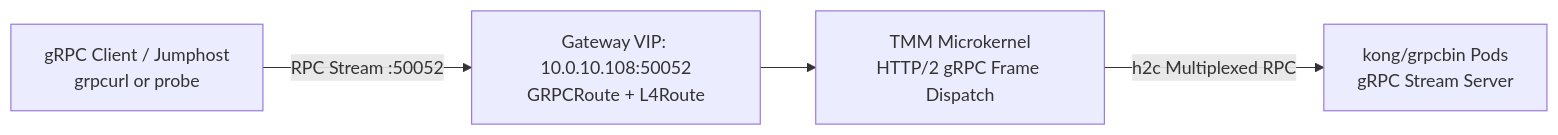
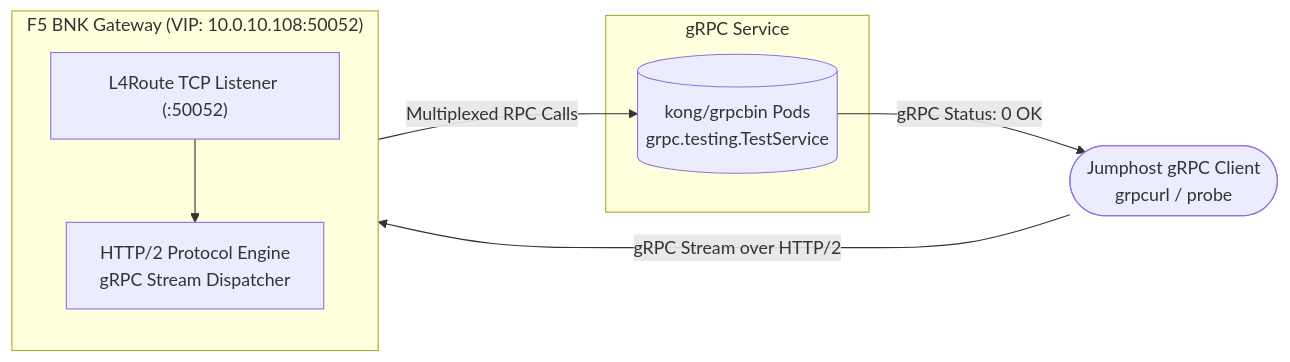
The third of 20 diagrams in docs/SCENARIOS.md (JLCode-tech/awsbnkctl), drawn with Mermaid before and after one commit. The commit also changed other lines of this file and 2 other files, not shown here.

Commit message:
docs: modernize diagrams and remove sales jargon

````diff
--- a/docs/SCENARIOS.md
+++ b/docs/SCENARIOS.md
@@ -83,11 +98,19 @@
 ```mermaid
 flowchart LR
-    Client["gRPC Client / Jumphost<br/>grpcurl or probe"]
-    VIP["Gateway VIP: 10.0.10.108:50052<br/>GRPCRoute + L4Route"]
-    TMM["TMM Microkernel<br/>HTTP/2 gRPC Frame Dispatch"]
-    GRPCBin["kong/grpcbin Pods<br/>gRPC Stream Server"]
+    Client([Jumphost gRPC Client<br/>grpcurl / probe])
 
-    Client -->|RPC Stream :50052| VIP
-    VIP --> TMM
-    TMM -->|h2c Multiplexed RPC| GRPCBin
+    subgraph BNKGateway["F5 BNK Gateway (VIP: 10.0.10.108:50052)"]
+        direction TB
+        L4["L4Route TCP Listener (:50052)"]
+        H2["HTTP/2 Protocol Engine<br/>gRPC Stream Dispatcher"]
+        L4 --> H2
+    end
+
+    subgraph Workload["gRPC Service"]
+        GRPCBin[("kong/grpcbin Pods<br/>grpc.testing.TestService")]
+    end
+
+    Client -->|gRPC Stream over HTTP/2| L4
+    H2 -->|Multiplexed RPC Calls| GRPCBin
+    GRPCBin -->|gRPC Status: 0 OK| Client
 ```
````
